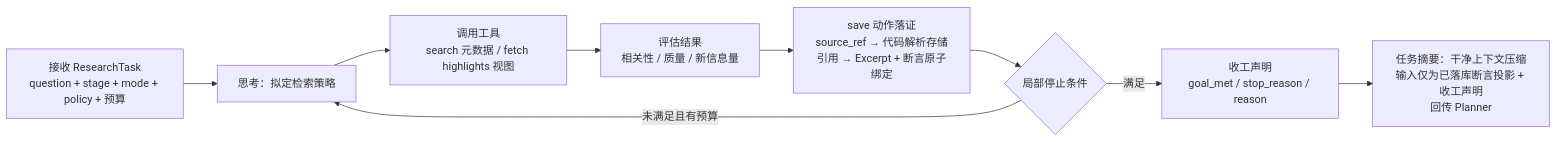
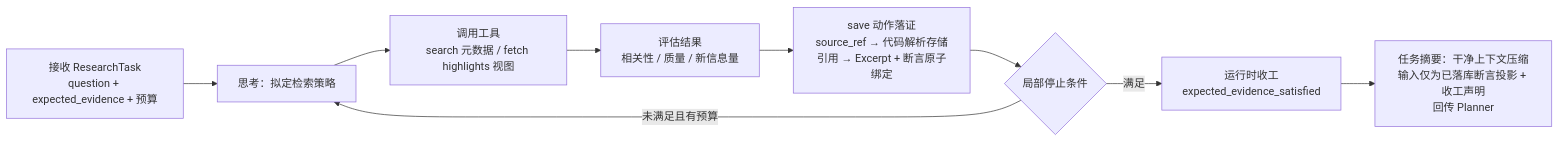
The second of 5 diagrams in docs/design.md (ecaps7/Prospector), drawn with Mermaid before and after one commit. The commit also changed other lines of this file and 4 other files, not shown here.

Commit message:
docs: sync design and roadmap with the stage-free plan and report review

````diff
--- a/docs/design.md
+++ b/docs/design.md
@@ -138,11 +138,11 @@
 ```mermaid
 flowchart LR
-    A[接收 ResearchTask<br/>question + stage + mode + policy + 预算] --> B[思考：拟定检索策略]
+    A[接收 ResearchTask<br/>question + expected_evidence + 预算] --> B[思考：拟定检索策略]
     B --> C[调用工具<br/>search 元数据 / fetch highlights 视图]
     C --> D[评估结果<br/>相关性 / 质量 / 新信息量]
     D --> S[save 动作落证<br/>source_ref → 代码解析存储引用 → Excerpt + 断言原子绑定]
     S --> E{局部停止条件}
     E -- 未满足且有预算 --> B
-    E -- 满足 --> G[收工声明<br/>goal_met / stop_reason / reason]
+    E -- 满足 --> G[运行时收工<br/>expected_evidence_satisfied]
     G --> H[任务摘要：干净上下文压缩<br/>输入仅为已落库断言投影 + 收工声明<br/>回传 Planner]
 ```
````
